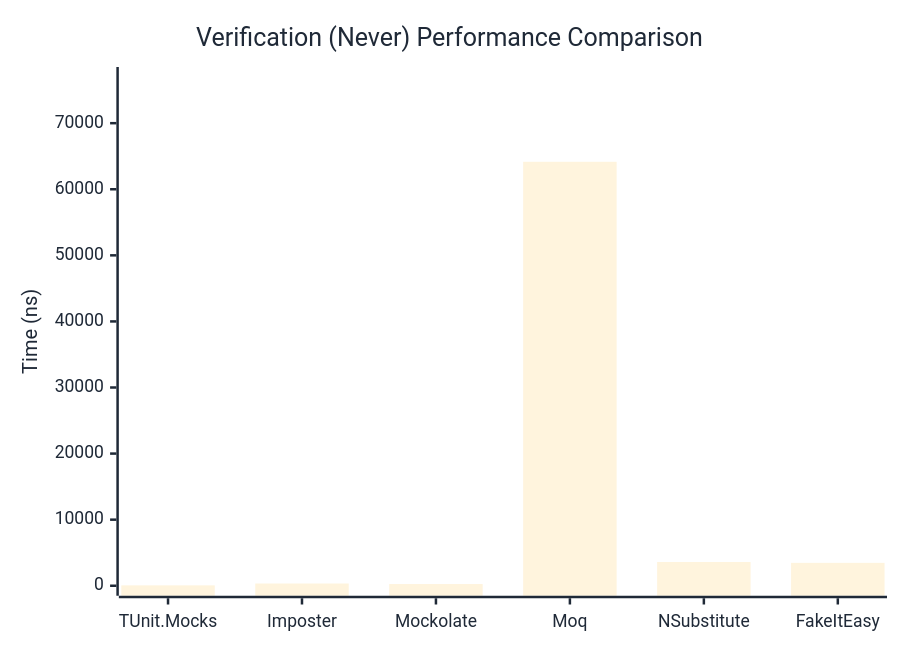
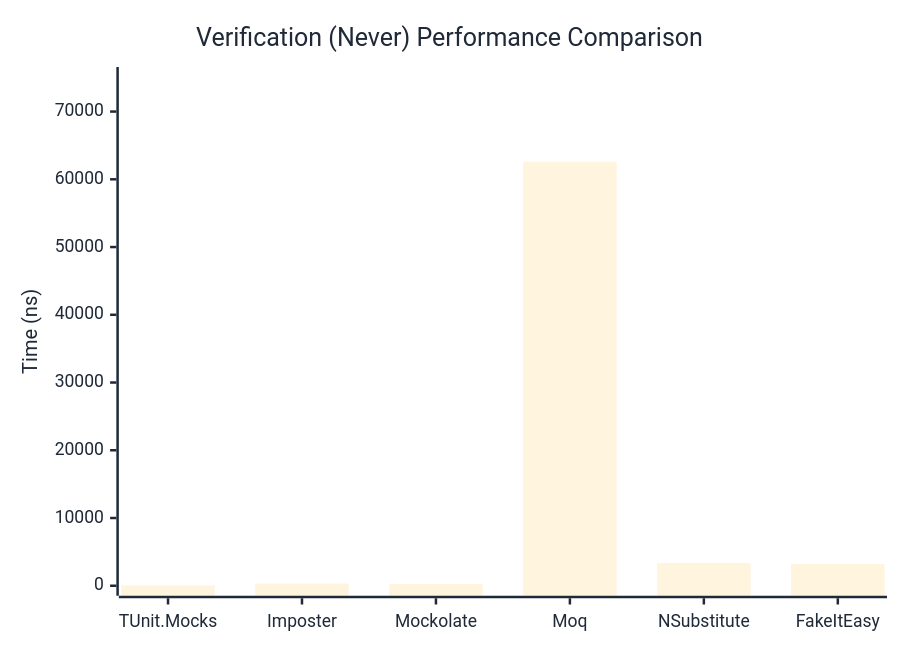
One commit to thomhurst/TUnit changed the second of 3 diagrams in docs/docs/benchmarks/mocks/Verification.md. Above: the diagram before and after it, drawn with Mermaid. The commit also changed other lines of this file and 14 other files, not shown here.

````diff
--- a/docs/docs/benchmarks/mocks/Verification.md
+++ b/docs/docs/benchmarks/mocks/Verification.md
@@ -71,27 +71,27 @@
 ```mermaid
 %%{init: {
   'theme':'base',
   'themeVariables': {
     'primaryColor': '#2563eb',
     'primaryTextColor': '#1f2937',
     'primaryBorderColor': '#1e40af',
     'lineColor': '#6b7280',
     'secondaryColor': '#7c3aed',
     'tertiaryColor': '#dc2626',
     'background': '#ffffff',
     'pie1': '#2563eb',
     'pie2': '#7c3aed',
     'pie3': '#dc2626',
     'pie4': '#f59e0b',
     'pie5': '#10b981',
     'pie6': '#06b6d4',
     'pie7': '#ec4899',
     'pie8': '#6366f1'
   }
 }}%%
 xychart-beta
   title "Verification (Never) Performance Comparison"
   x-axis ["TUnit.Mocks", "Imposter", "Mockolate", "Moq", "NSubstitute", "FakeItEasy"]
-  y-axis "Time (ns)" 0 --> 76988
-  bar [56.55, 339.76, 257.21, 64156.37, 3591.51, 3466.47]
+  y-axis "Time (ns)" 0 --> 75102
+  bar [56.76, 326.54, 249.62, 62584.21, 3376.92, 3209.95]
 ```
````
